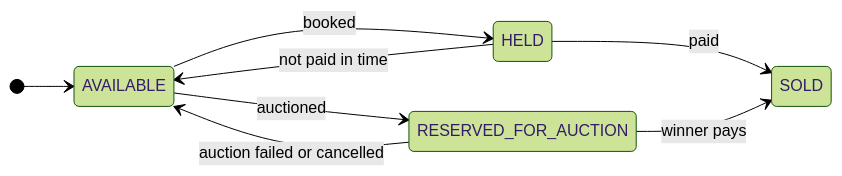
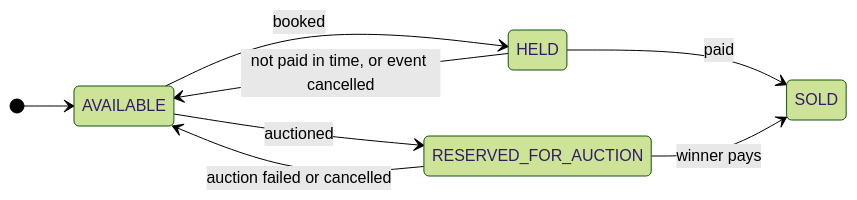
One commit to tqha1011/BidTix changed the seventh of 9 diagrams in README.md. Above: the diagram before and after it, drawn with Mermaid (forest theme). The commit also changed other lines of this file and 2 other files, not shown here.

Commit message:
docs: describe event cancellation

````diff
--- a/README.md
+++ b/README.md
@@ -273,11 +295,11 @@
 ```mermaid
 stateDiagram-v2
     direction LR
     [*] --> AVAILABLE
     AVAILABLE --> HELD: booked
     HELD --> SOLD: paid
-    HELD --> AVAILABLE: not paid in time
+    HELD --> AVAILABLE: not paid in time, or event cancelled
     AVAILABLE --> RESERVED_FOR_AUCTION: auctioned
     RESERVED_FOR_AUCTION --> SOLD: winner pays
     RESERVED_FOR_AUCTION --> AVAILABLE: auction failed or cancelled
 ```
````
